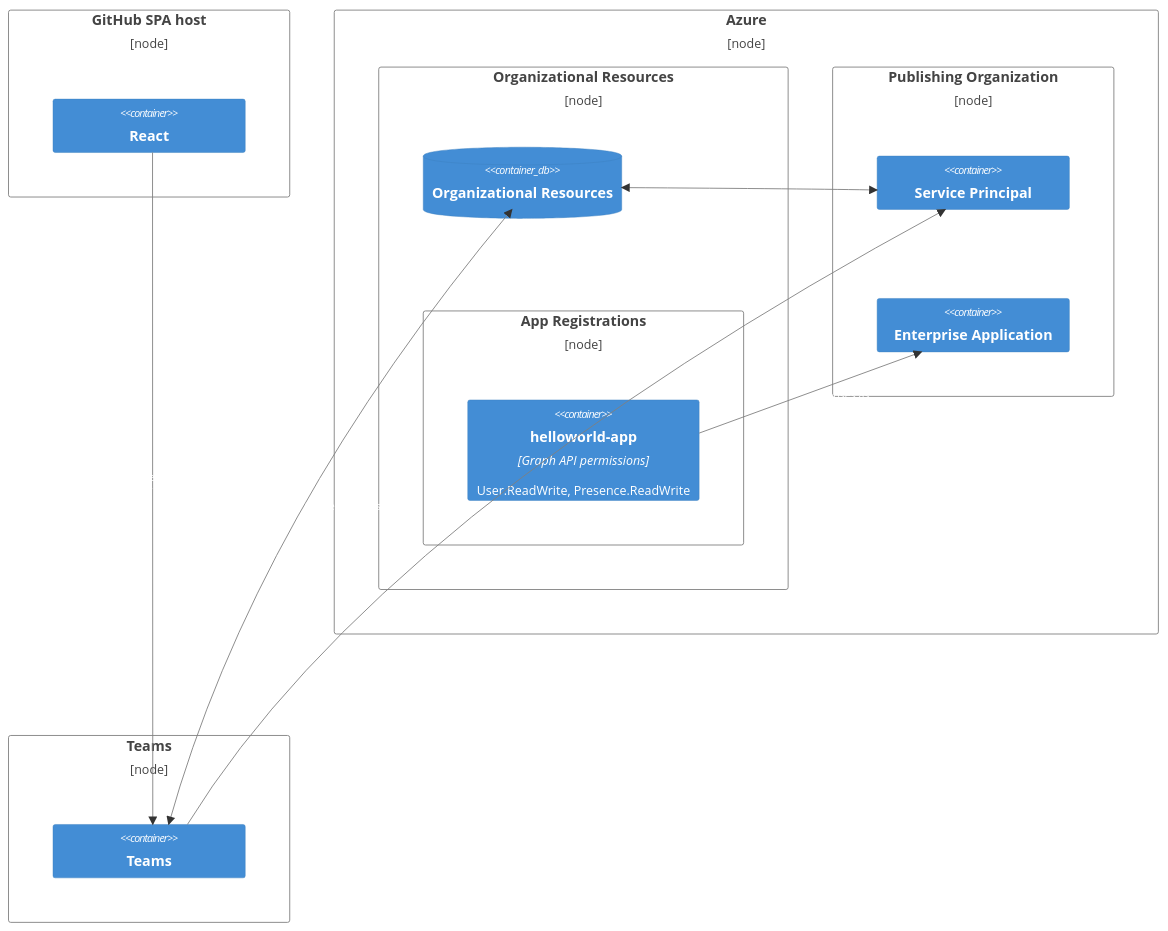
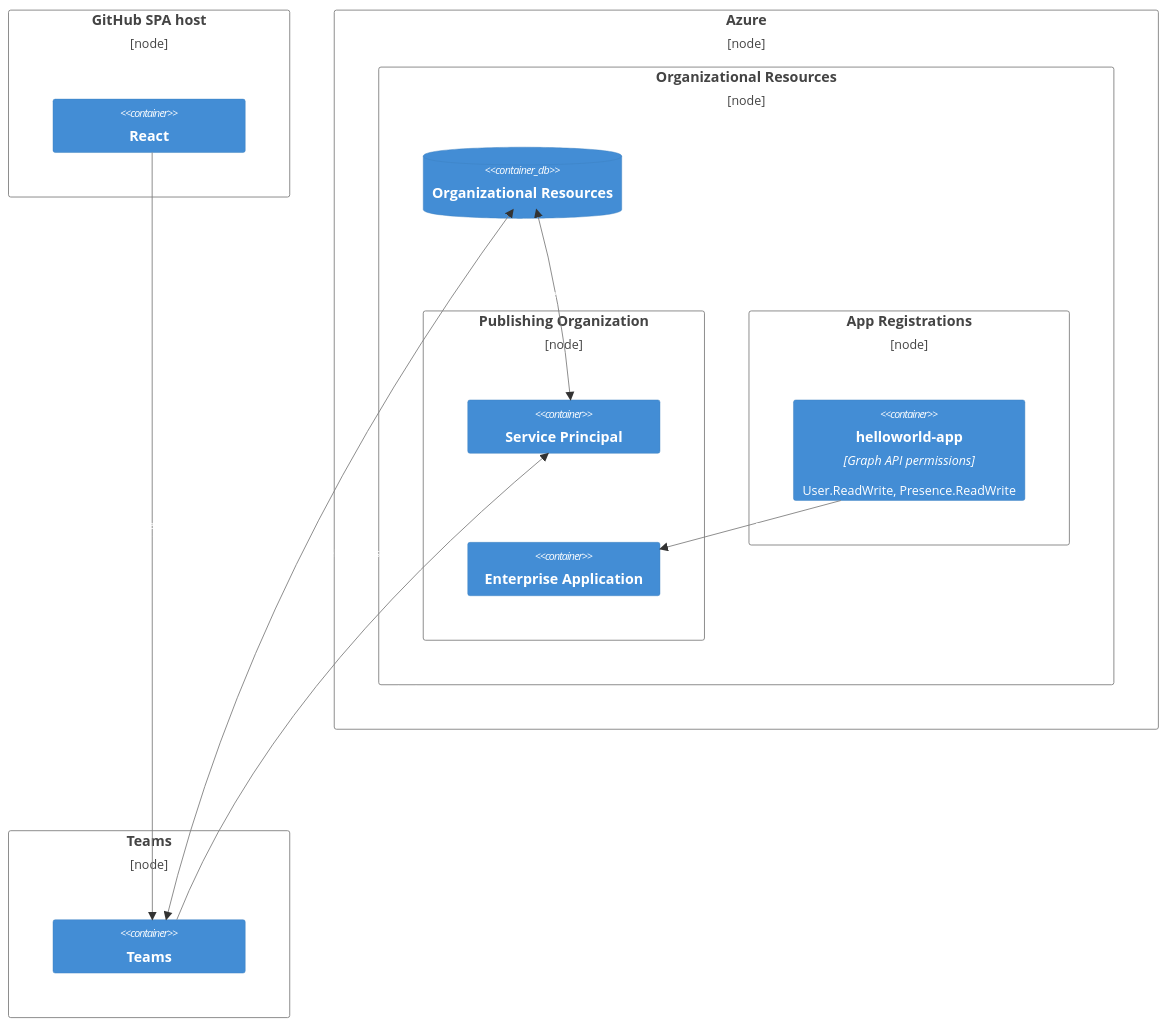
One commit to CynicDog/azure-entra-in-spa changed the diagram in README.md. Above: the diagram before and after it, drawn with Mermaid.

````diff
--- a/README.md
+++ b/README.md
@@ -2,47 +2,46 @@
 ```mermaid
 C4Deployment
     title  
     
     Deployment_Node(github, "GitHub SPA host") {
         Container(React, "React", "", "")
     }
 
     Deployment_Node(azure, "Azure") {
         Deployment_Node(organizationalResources, "Organizational Resources") {
         ContainerDb(Organizational_Resources, "Organizational Resources", "")
         
+        Deployment_Node(publishingOrganization, "Publishing Organization") {
+            Container(Service_Principal, "Service Principal", "", "")
+            Container(Enterprise_Application, "Enterprise Application", "", "")        
+        }
+        
         Deployment_Node(appRegistrations, "App Registrations") {
                 Container(helloworld_app, "helloworld-app", "Graph API permissions", "User.ReadWrite, Presence.ReadWrite")
             }
-        }
-
-        Deployment_Node(publishingOrganization, "Publishing Organization") {
-            Container(Service_Principal, "Service Principal", "", "")
-            Container(Enterprise_Application, "Enterprise Application", "", "")        
         }
     }
         
     Deployment_Node(teams, "Teams") {
         Container(Teams, "Teams", "", "")
     }
     
     Rel(helloworld_app, Enterprise_Application, "Exposes as")
     Rel(Teams, Service_Principal, "Delegates to")
     Rel(React, Teams, "Provides endpoint")
     BiRel(Service_Principal, Organizational_Resources, "Accesses")
     BiRel(Teams, Organizational_Resources, "On behalf of user")
 
     UpdateElementStyle(azure, $borderColor="gray")
     UpdateElementStyle(github, $borderColor="gray")
     UpdateElementStyle(teams, $borderColor="gray")
     UpdateElementStyle(organizationalResources, $borderColor="gray")
     UpdateElementStyle(appRegistrations, $borderColor="gray")
     UpdateElementStyle(publishingOrganization, $borderColor="gray")
     
     UpdateRelStyle(helloworld_app, Enterprise_Application, $textColor="white", $lineColor="gray", ,$offsetX="5")
     UpdateRelStyle(Teams, Service_Principal, $textColor="white", $lineColor="gray")
     UpdateRelStyle(React, Teams, $textColor="white", $lineColor="gray", $offsetY="-15", $offsetX="-40")
     UpdateRelStyle(Service_Principal, Organizational_Resources, $textColor="white", $lineColor="gray", $offsetY="-15", $offsetX="-40")
     UpdateRelStyle(Teams, Organizational_Resources, $textColor="white", $lineColor="gray", $offsetY="-15", $offsetX="-40")
-      
 ```
````
